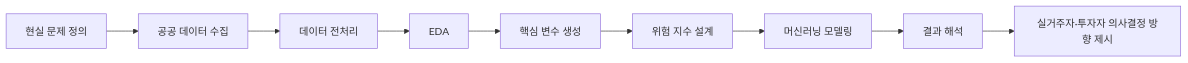
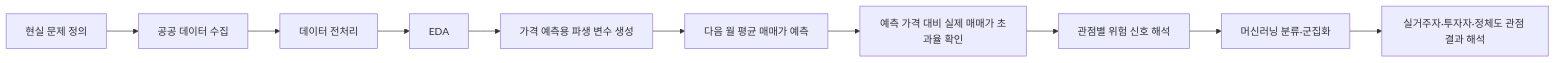
The diagram in readme.md (shiwjz/RealEstate-Risk-Radar), drawn with Mermaid before and after one commit. The commit also changed other lines of this file and 19 other files, not shown here.

````diff
--- a/readme.md
+++ b/readme.md
@@ -53,11 +56,12 @@
 ```mermaid
-flowchart LR
-    A[현실 문제 정의] --> B[공공 데이터 수집]
-    B --> C[데이터 전처리]
-    C --> D[EDA]
-    D --> E[핵심 변수 생성]
-    E --> F[위험 지수 설계]
-    F --> G[머신러닝 모델링]
-    G --> H[결과 해석]
-    H --> I[실거주자·투자자 의사결정 방향 제시]
+flowchart LR 
+    A[현실 문제 정의] --> B[공공 데이터 수집] 
+    B --> C[데이터 전처리] 
+    C --> D[EDA] 
+    D --> E[가격 예측용 파생 변수 생성] 
+    E --> F[다음 월 평균 매매가 예측]
+    F --> G[예측 가격 대비 실제 매매가 초과율 확인] 
+    G --> H[관점별 위험 신호 해석] 
+    H --> I[머신러닝 분류·군집화] 
+    I --> J[실거주자·투자자·정체도 관점 결과 해석]
 ```
````
